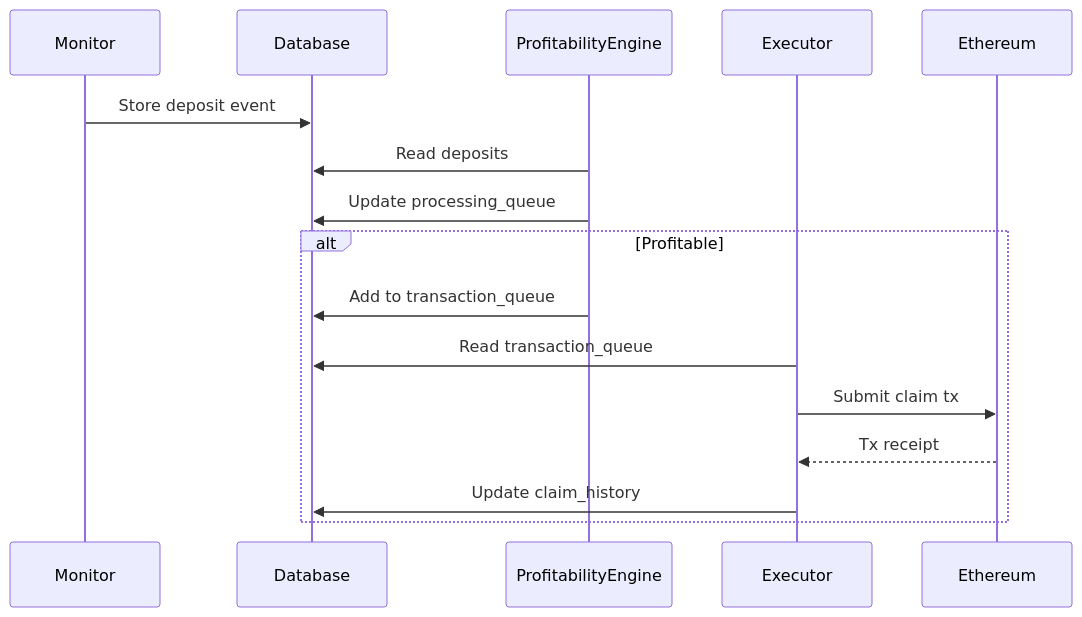
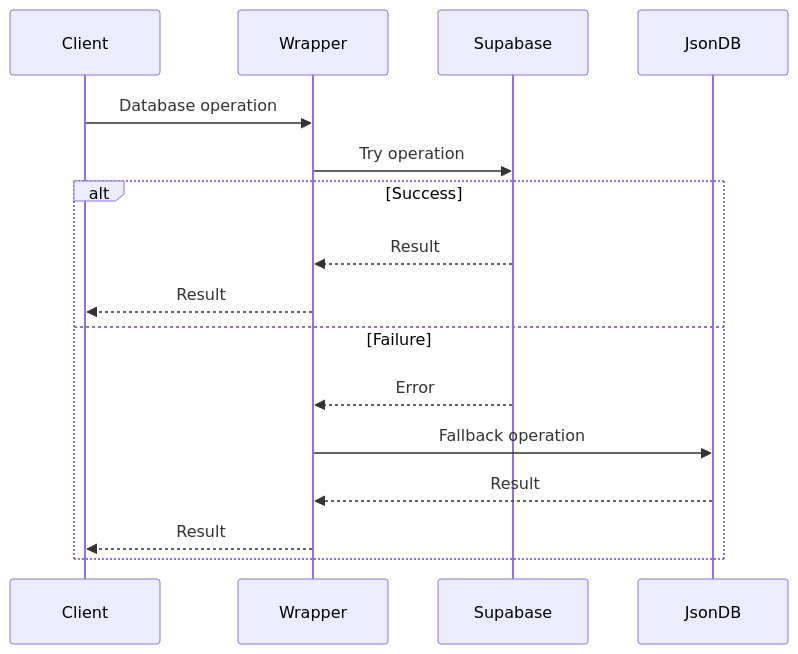
One commit to ScopeLift/staker-bots changed the third of 5 diagrams in src/database/README.md. Above: the diagram before and after it, drawn with Mermaid. The commit also changed other lines of this file and 11 other files, not shown here.

````diff
--- a/src/database/README.md
+++ b/src/database/README.md
@@ -21,19 +186,19 @@
 ```mermaid
 sequenceDiagram
-    participant Monitor
-    participant Database
-    participant ProfitabilityEngine
-    participant Executor
-    participant Ethereum
-
-    Monitor->>Database: Store deposit event
-    ProfitabilityEngine->>Database: Read deposits
-    ProfitabilityEngine->>Database: Update processing_queue
-    alt Profitable
-        ProfitabilityEngine->>Database: Add to transaction_queue
-        Executor->>Database: Read transaction_queue
-        Executor->>Ethereum: Submit claim tx
-        Ethereum-->>Executor: Tx receipt
-        Executor->>Database: Update claim_history
+    participant Client
+    participant Wrapper
+    participant Supabase
+    participant JsonDB
+    
+    Client->>Wrapper: Database operation
+    Wrapper->>Supabase: Try operation
+    alt Success
+        Supabase-->>Wrapper: Result
+        Wrapper-->>Client: Result
+    else Failure
+        Supabase-->>Wrapper: Error
+        Wrapper->>JsonDB: Fallback operation
+        JsonDB-->>Wrapper: Result
+        Wrapper-->>Client: Result
     end
 ```
````
